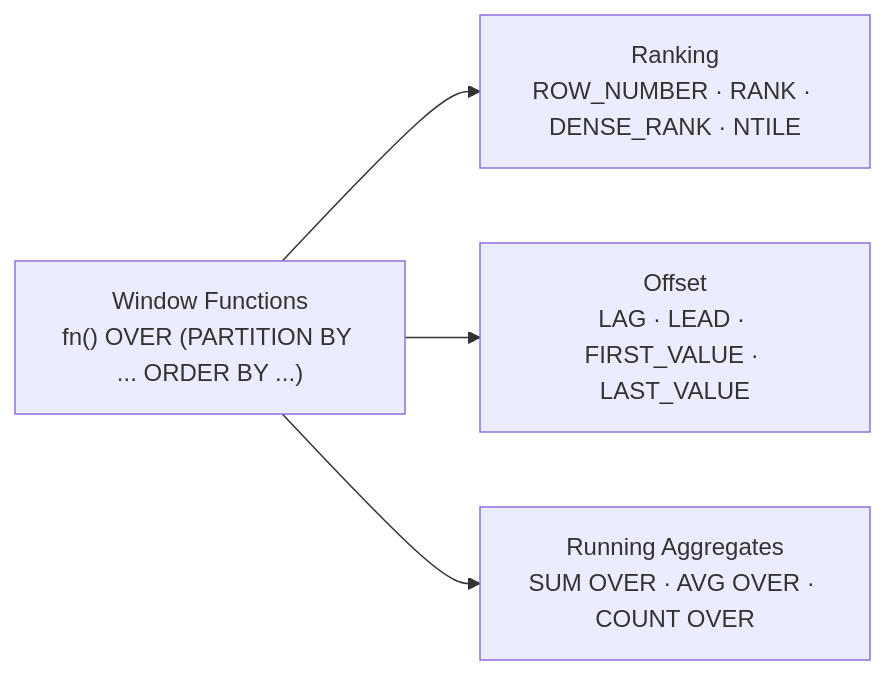
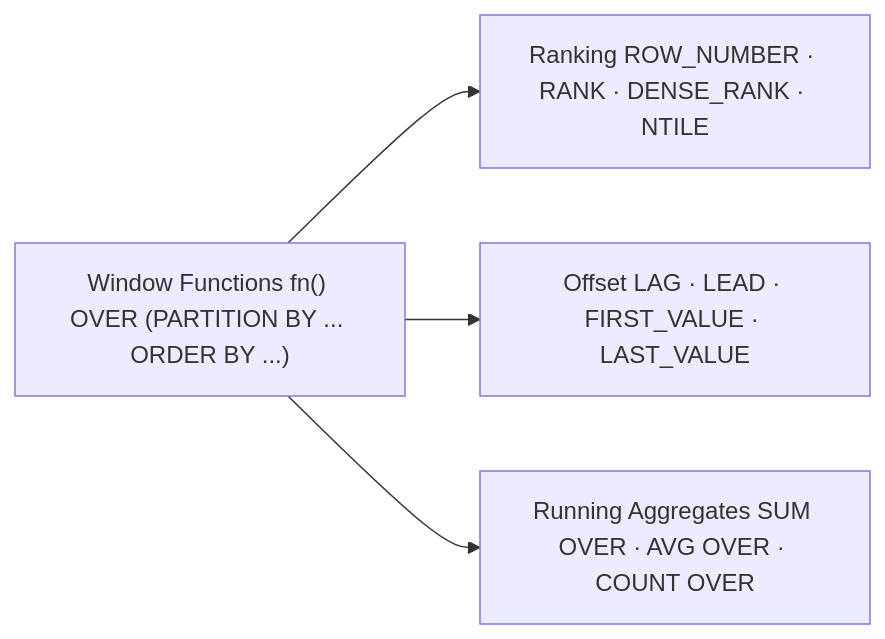
The fourth of 7 diagrams in sql.md (naveenkumar1661997/notes), drawn with Mermaid before and after one commit. The commit also changed other lines of this file and 12 other files, not shown here.

```diff
--- a/sql.md
+++ b/sql.md
@@ -174,7 +174,7 @@
 <pre class="mermaid">
 flowchart LR
-    WF["Window Functions\nfn() OVER (PARTITION BY ... ORDER BY ...)"]
-    WF --> RANK["Ranking\nROW_NUMBER · RANK · DENSE_RANK · NTILE"]
-    WF --> OFFSET["Offset\nLAG · LEAD · FIRST_VALUE · LAST_VALUE"]
-    WF --> AGG["Running Aggregates\nSUM OVER · AVG OVER · COUNT OVER"]
+    WF["Window Functions fn() OVER (PARTITION BY ... ORDER BY ...)"]
+    WF --> RANK["Ranking ROW_NUMBER · RANK · DENSE_RANK · NTILE"]
+    WF --> OFFSET["Offset LAG · LEAD · FIRST_VALUE · LAST_VALUE"]
+    WF --> AGG["Running Aggregates SUM OVER · AVG OVER · COUNT OVER"]
 </pre>
```
